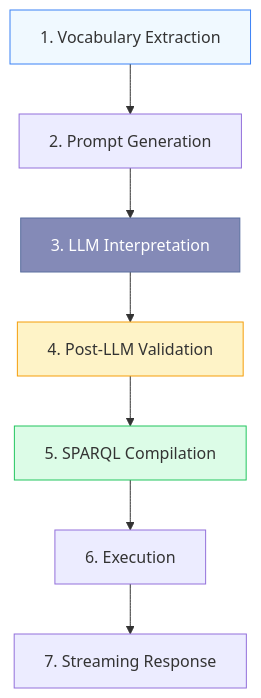
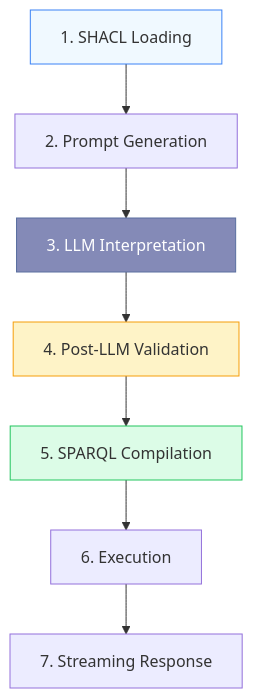
The first of 3 diagrams in apps/docs/query-flow.md (ASCS-eV/ontology-based-nl-search), drawn with Mermaid before and after one commit. The commit also changed other lines of this file and 11 other files, not shown here.

First line of the commit message:
feat: replace vocabulary tables with raw SHACL injection in LLM prompt

````diff
--- a/apps/docs/query-flow.md
+++ b/apps/docs/query-flow.md
@@ -7,14 +7,14 @@
 ```mermaid
 graph TD
-    A["1. Vocabulary Extraction"] --> B["2. Prompt Generation"]
+    A["1. SHACL Loading"] --> B["2. Prompt Generation"]
     B --> C["3. LLM Interpretation"]
     C --> D["4. Post-LLM Validation"]
     D --> E["5. SPARQL Compilation"]
     E --> F["6. Execution"]
     F --> G["7. Streaming Response"]
 
     style A fill:#f0f9ff,stroke:#3b82f6
     style C fill:#848ab7,stroke:#5a6f9f,color:#fff
     style D fill:#fef3c7,stroke:#f59e0b
     style E fill:#dcfce7,stroke:#22c55e
 ```
````
